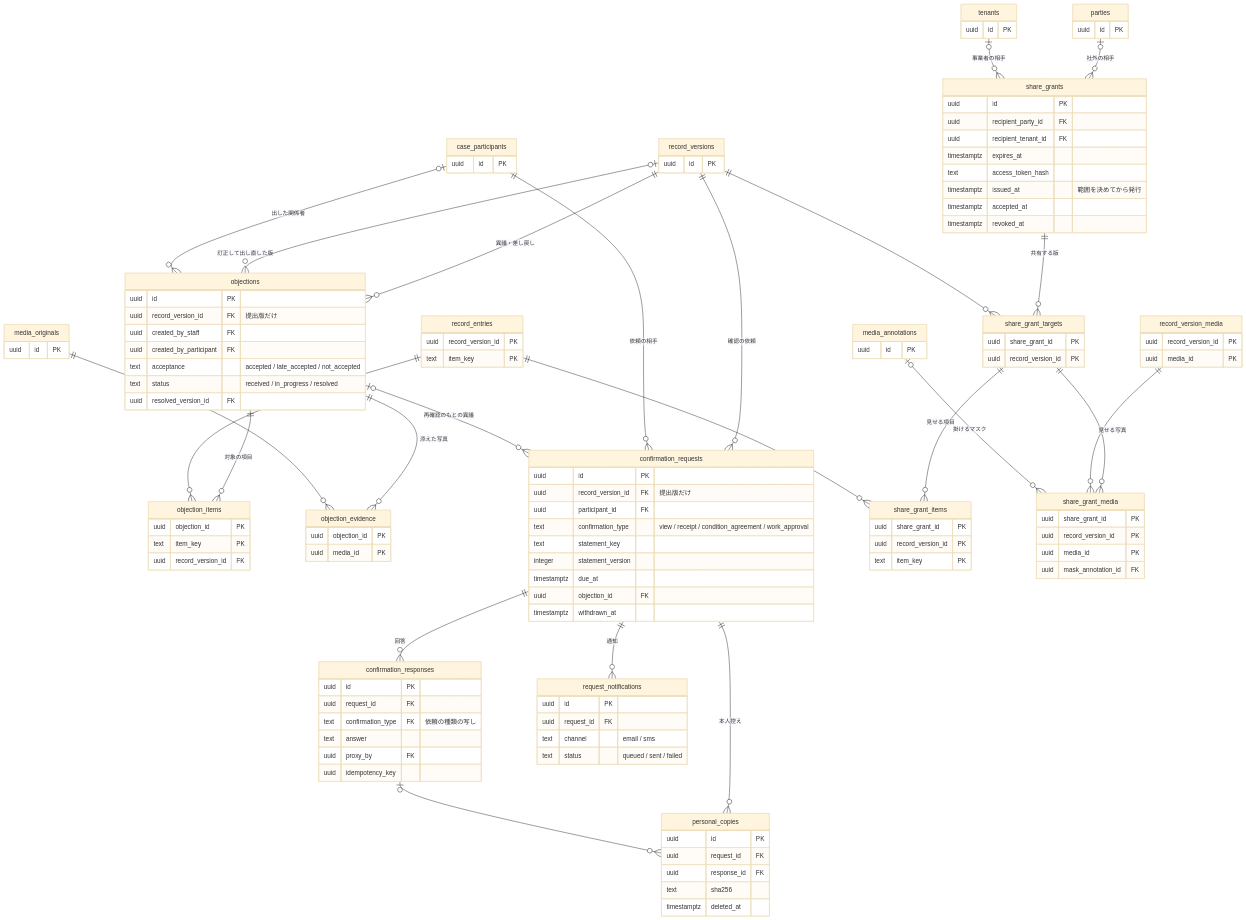
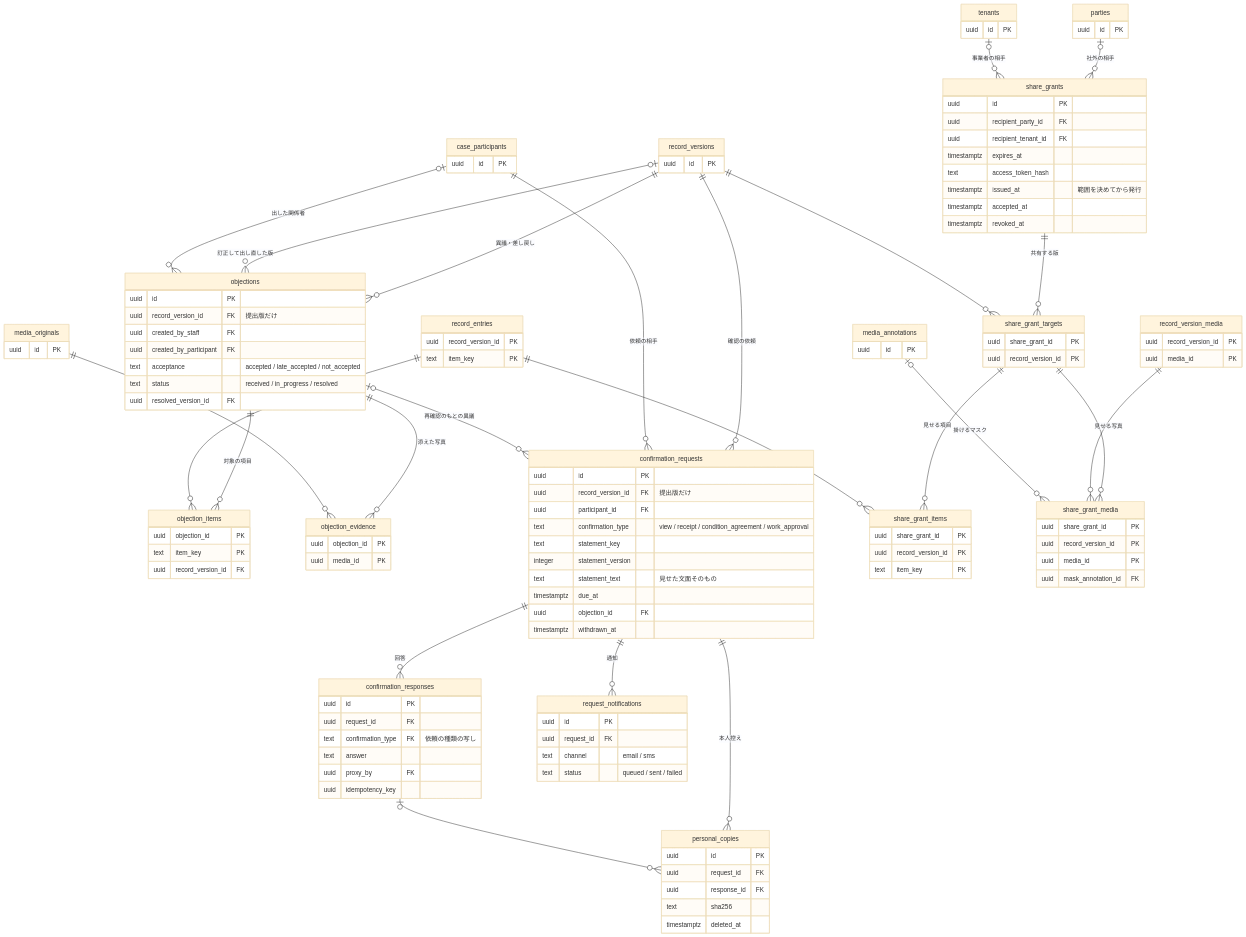
Before and after one commit to nao317/mobile_tracer: the third of 4 diagrams in docs/schema/er.md, drawn with Mermaid (base theme). The commit also changed other lines of this file and 5 other files, not shown here.

```diff
--- a/docs/schema/er.md
+++ b/docs/schema/er.md
@@ -318,6 +319,7 @@
     text confirmation_type "view / receipt / condition_agreement / work_approval"
     text statement_key
     integer statement_version
+    text statement_text "見せた文面そのもの"
     timestamptz due_at
     uuid objection_id FK
     timestamptz withdrawn_at
```
